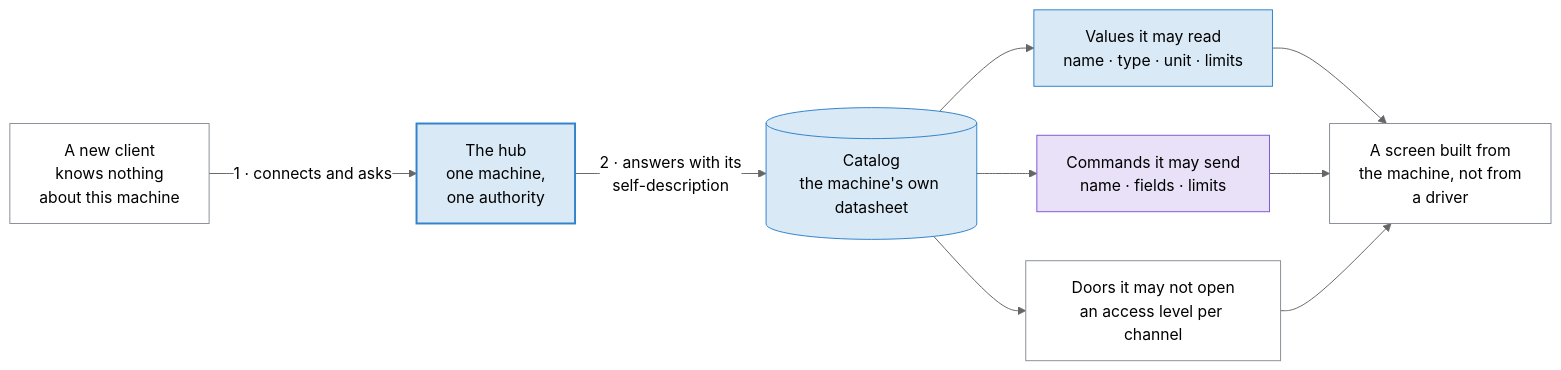
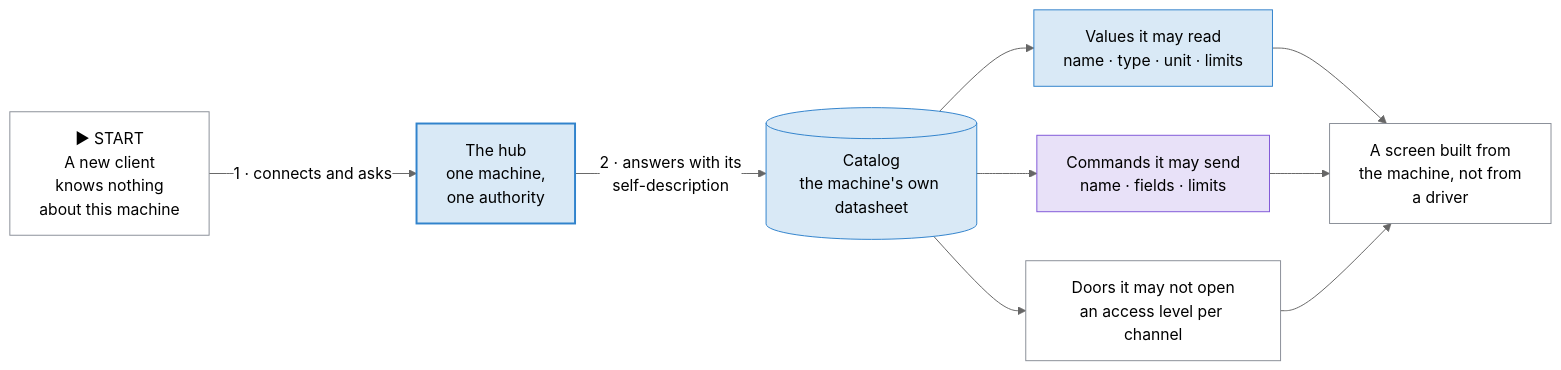
One commit to AtlanticTM/SlopDrive-32 changed the first of 7 diagrams in docs-site/docs/understand/how-it-works.md. Above: the diagram before and after it, drawn with Mermaid (neutral theme). The commit also changed other lines of this file and 64 other files, not shown here.

````diff
--- a/docs-site/docs/understand/how-it-works.md
+++ b/docs-site/docs/understand/how-it-works.md
@@ -43,25 +44,25 @@
 ```mermaid
 flowchart LR
-    C["A new client<br/>knows nothing<br/>about this machine"]:::party
+    C["▶ START<br/>A new client<br/>knows nothing<br/>about this machine"]:::party
     H["The hub<br/>one machine,<br/>one authority"]:::hub
     CAT[("Catalog<br/>the machine's own datasheet")]:::store
     R["Values it may read<br/>name · type · unit · limits"]:::truth
     W["Commands it may send<br/>name · fields · limits"]:::wish
     A["Doors it may not open<br/>an access level per channel"]:::party
     UI["A screen built from<br/>the machine, not from<br/>a driver"]:::party
 
     C -->|"1 · connects and asks"| H
     H -->|"2 · answers with its<br/>self-description"| CAT
     CAT --> R
     CAT --> W
     CAT --> A
     R --> UI
     W --> UI
     A --> UI
 
     classDef hub fill:#3183cc2e,stroke:#3183cc,stroke-width:2px
     classDef truth fill:#3183cc2e,stroke:#3183cc
     classDef store fill:#3183cc2e,stroke:#3183cc
     classDef wish fill:#8158d82e,stroke:#8158d8
     classDef party fill:none,stroke:#8a8f98
 ```
````
